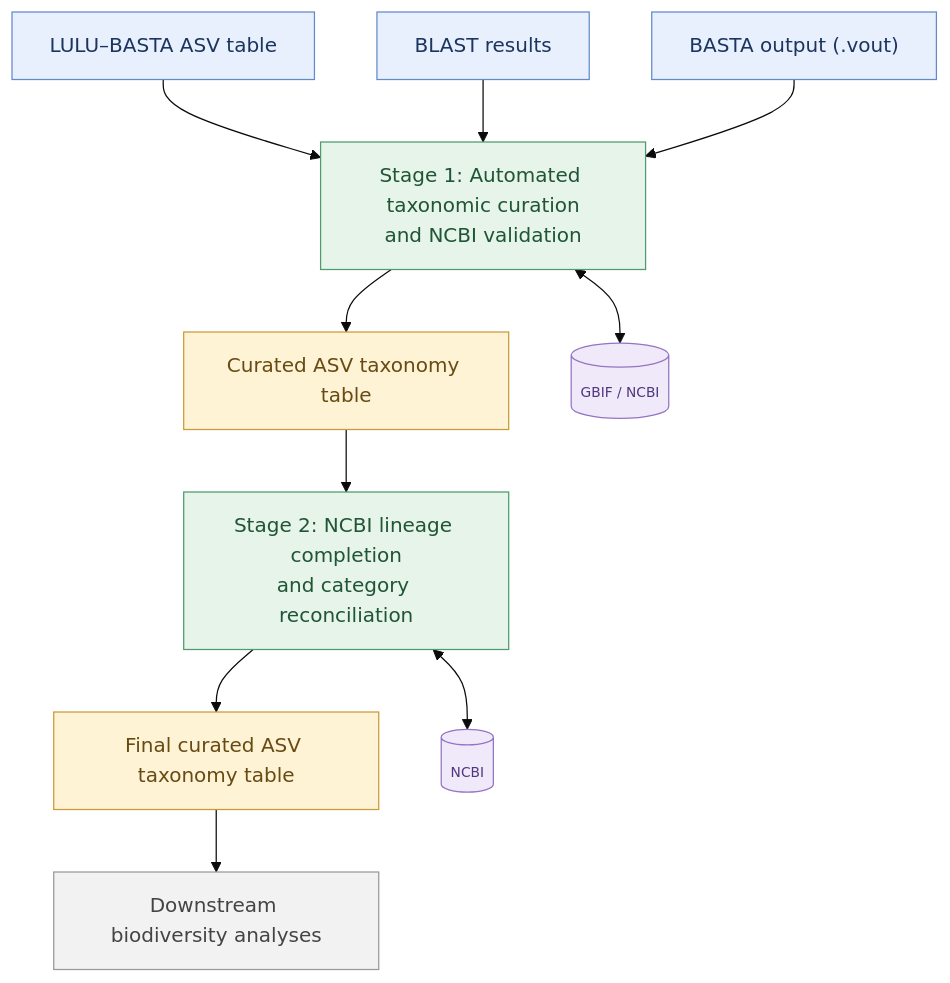
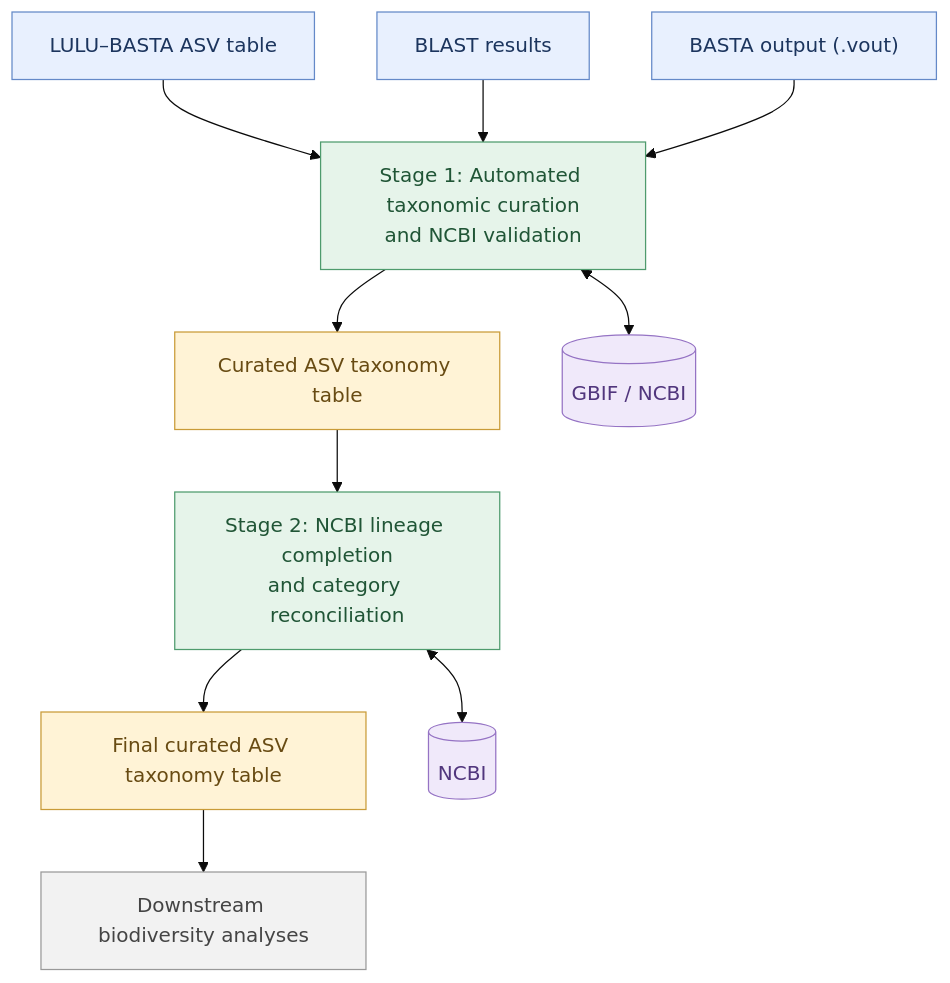
The diagram in README_v02.md (n-sayed/taxonomic_assignment), drawn with Mermaid (base theme) before and after one commit.

Commit message:
Remove font size from database class definition

````diff
--- a/README_v02.md
+++ b/README_v02.md
@@ -45,37 +45,37 @@
 ```mermaid
 flowchart TD
     A["LULU–BASTA ASV table"]
     B["BLAST results"]
     C["BASTA output (.vout)"]
 
     D["Stage 1: Automated taxonomic curation<br/>and NCBI validation"]
     E["Curated ASV taxonomy table"]
 
     F["Stage 2: NCBI lineage completion<br/>and category reconciliation"]
     G["Final curated ASV taxonomy table"]
 
     H["Downstream biodiversity analyses"]
 
     A --> D
     B --> D
     C --> D
 
     D <--> I[("GBIF / NCBI")]
     D --> E
     E --> F
     F <--> J[("NCBI")]
     F --> G
     G --> H
 
     classDef input fill:#e8f0fe,stroke:#6489c8,color:#1c355e
     classDef process fill:#e6f4ea,stroke:#4e9b6d,color:#205536
     classDef output fill:#fff3d6,stroke:#c99b38,color:#684b13
-    classDef database fill:#f0e9fa,stroke:#9573c4,color:#51367d,font-size:11px
+    classDef database fill:#f0e9fa,stroke:#9573c4,color:#51367d
     classDef downstream fill:#f2f2f2,stroke:#999999,color:#444444
 
     class A,B,C input
     class D,F process
     class E,G output
     class I,J database
     class H downstream
 ```
````
